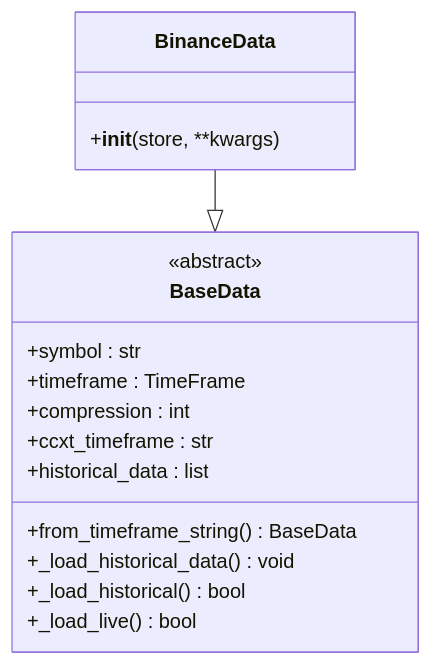
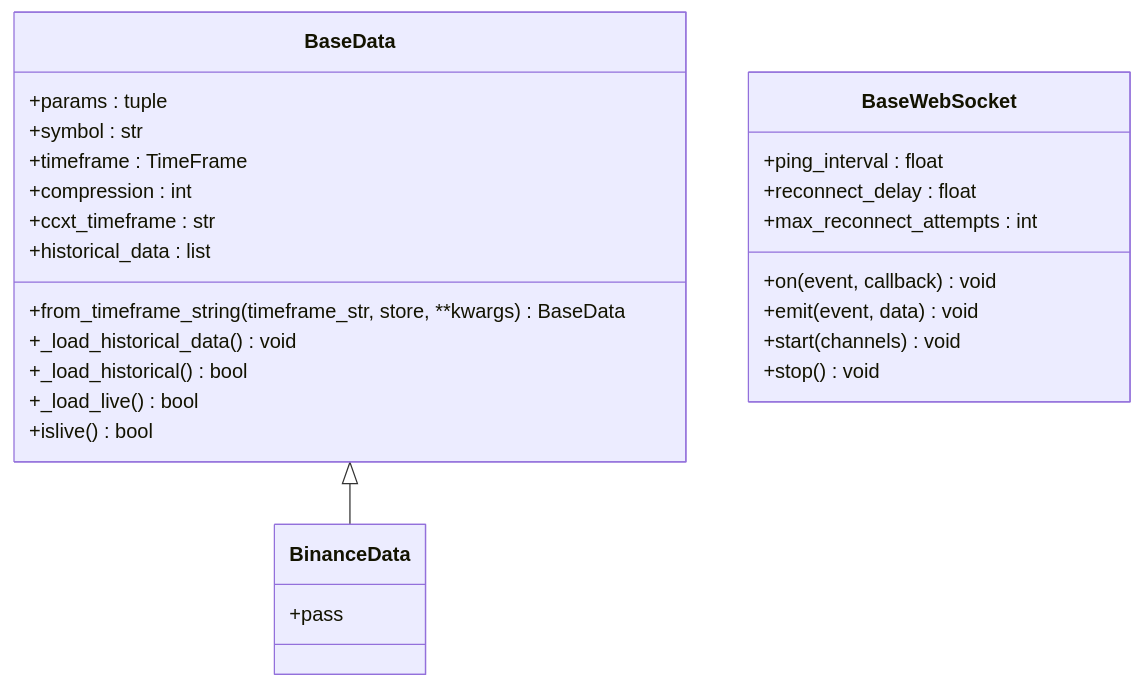
The seventh of 12 diagrams in .qoder/repowiki/zh/content/实盘交易模块/实盘交易模块.md (bench-prog/backtrader), drawn with Mermaid before and after one commit. The commit also changed other lines of this file and 40 other files, not shown here.

````diff
--- a/.qoder/repowiki/zh/content/实盘交易模块/实盘交易模块.md
+++ b/.qoder/repowiki/zh/content/实盘交易模块/实盘交易模块.md
@@ -309,19 +379,29 @@
 ```mermaid
 classDiagram
-class BinanceData {
-+__init__(store, **kwargs)
-}
 class BaseData {
-<<abstract>>
++params : tuple
 +symbol : str
 +timeframe : TimeFrame
 +compression : int
 +ccxt_timeframe : str
 +historical_data : list
-+from_timeframe_string() BaseData
++from_timeframe_string(timeframe_str, store, **kwargs) BaseData
 +_load_historical_data() void
 +_load_historical() bool
 +_load_live() bool
++islive() bool
 }
-BinanceData --|> BaseData
+class BinanceData {
++pass
+}
+class BaseWebSocket {
++ping_interval : float
++reconnect_delay : float
++max_reconnect_attempts : int
++on(event, callback) void
++emit(event, data) void
++start(channels) void
++stop() void
+}
+BaseData <|-- BinanceData
 ```
````
